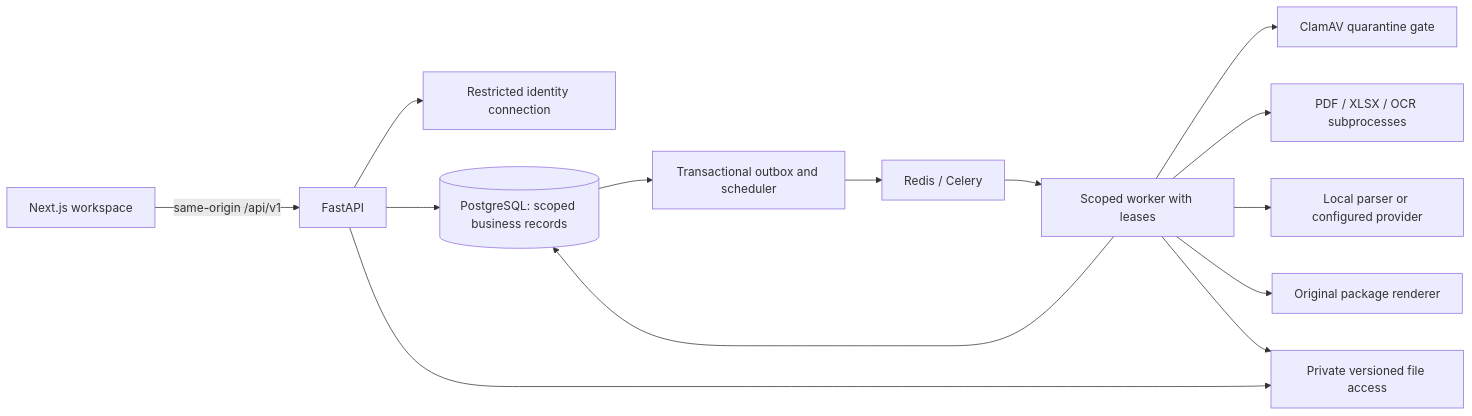
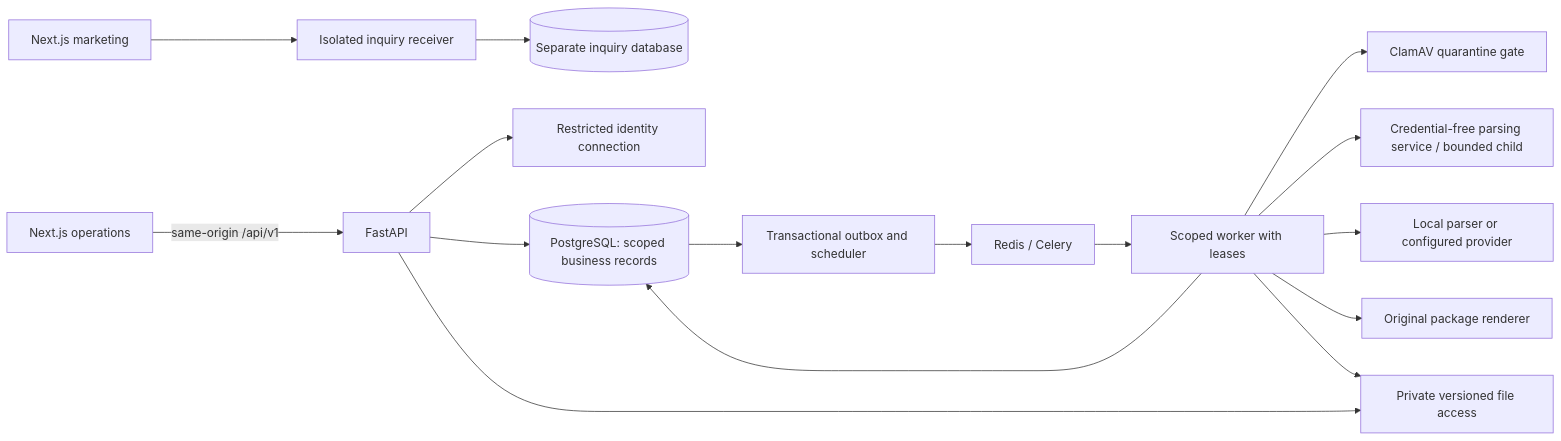
Before and after one commit to larry-fisherman/Insurance-product: the diagram in docs/ARCHITECTURE.md, drawn with Mermaid. The commit also changed other lines of this file and 81 other files, not shown here.

````diff
--- a/docs/ARCHITECTURE.md
+++ b/docs/ARCHITECTURE.md
@@ -9,16 +9,18 @@
 ```mermaid
 flowchart LR
-    Browser[Next.js workspace] -->|same-origin /api/v1| API[FastAPI]
+    Public[Next.js marketing] --> Intake[Isolated inquiry receiver]
+    Intake --> Leads[(Separate inquiry database)]
+    Browser[Next.js operations] -->|same-origin /api/v1| API[FastAPI]
     API --> Auth[Restricted identity connection]
     API --> DB[(PostgreSQL: scoped business records)]
     API --> Store[Private versioned file access]
     DB --> Outbox[Transactional outbox and scheduler]
     Outbox --> Queue[Redis / Celery]
     Queue --> Worker[Scoped worker with leases]
     Worker --> Scan[ClamAV quarantine gate]
-    Worker --> Parse[PDF / XLSX / OCR subprocesses]
+    Worker --> Parse[Credential-free parsing service / bounded child]
     Worker --> Extract[Local parser or configured provider]
     Worker --> Render[Original package renderer]
     Worker --> DB
     Worker --> Store
 ```
````
